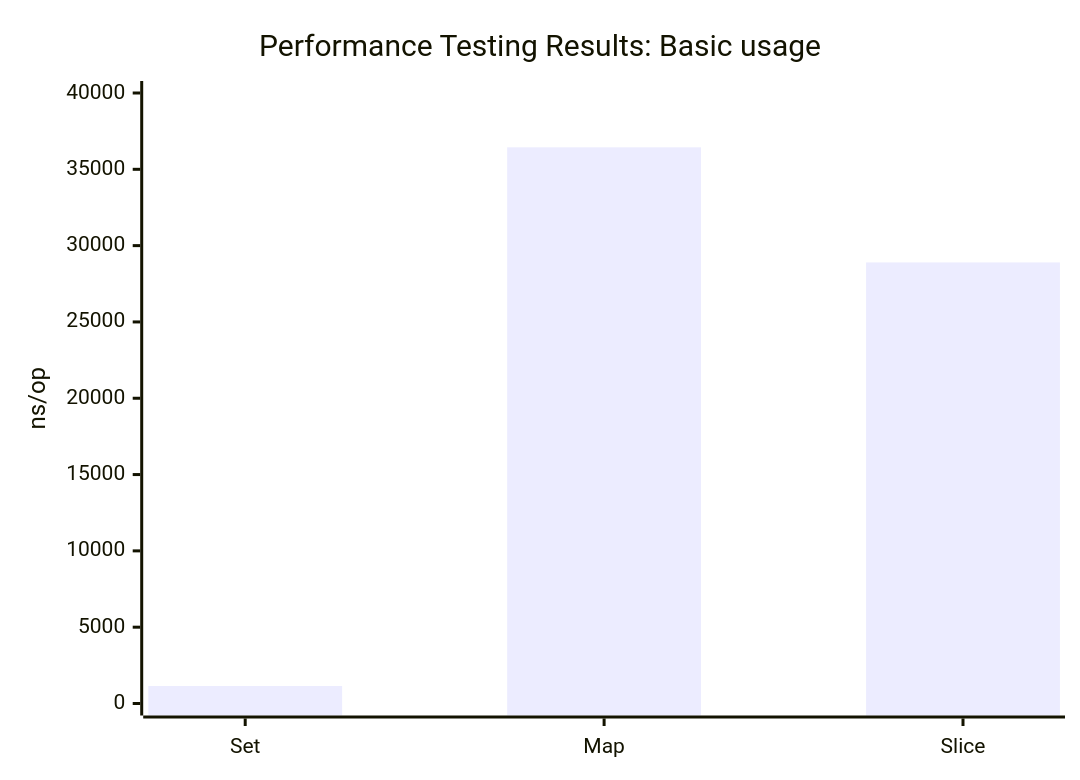
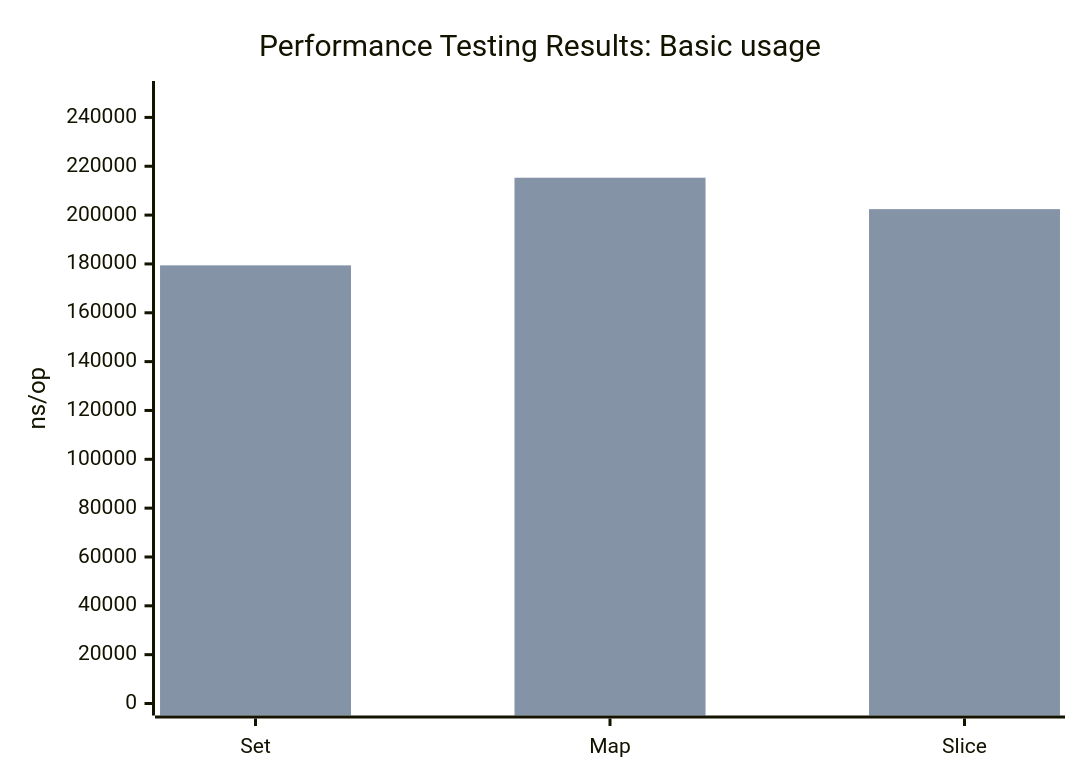
The first of 2 diagrams in pkg/goutils/set/benchmark.md (voedger/voedger), drawn with Mermaid before and after one commit. The commit also changed other lines of this file and 1 other file, not shown here.

Commit message:
benchmark tests (2)

````diff
--- a/pkg/goutils/set/benchmark.md
+++ b/pkg/goutils/set/benchmark.md
@@ -49,8 +49,9 @@
 ```mermaid
 xychart-beta
   title "Performance Testing Results: Basic usage"
   x-axis [Set, Map, Slice]
-  y-axis "ns/op" 0 --> 40000
+  y-axis "ns/op" 0 --> 250000
 
-  bar "Benchmark_BasicUsage" [1149, 36442, 28899]
+  bar "Benchmark_BasicUsage" [179405, 215296, 202429]
+  bar "Benchmark_BasicUsage" [179405, 215296, 202429]
 ```
````
